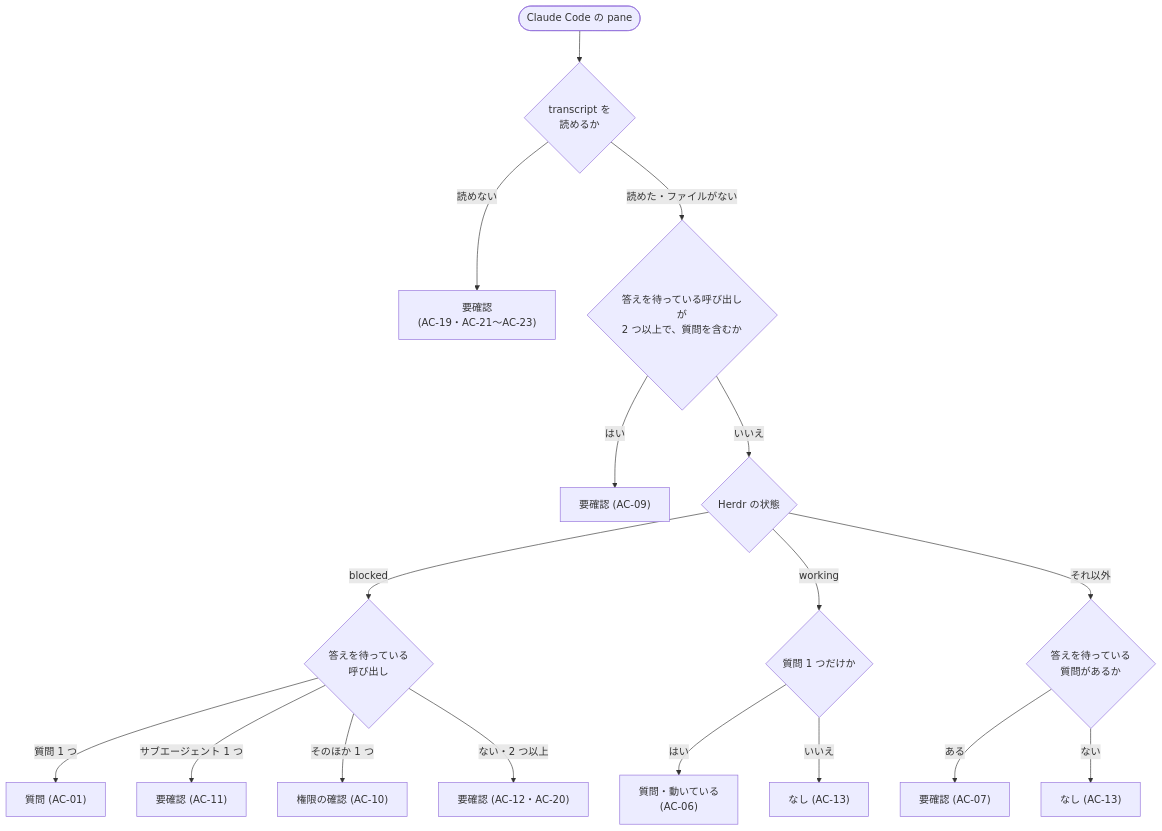
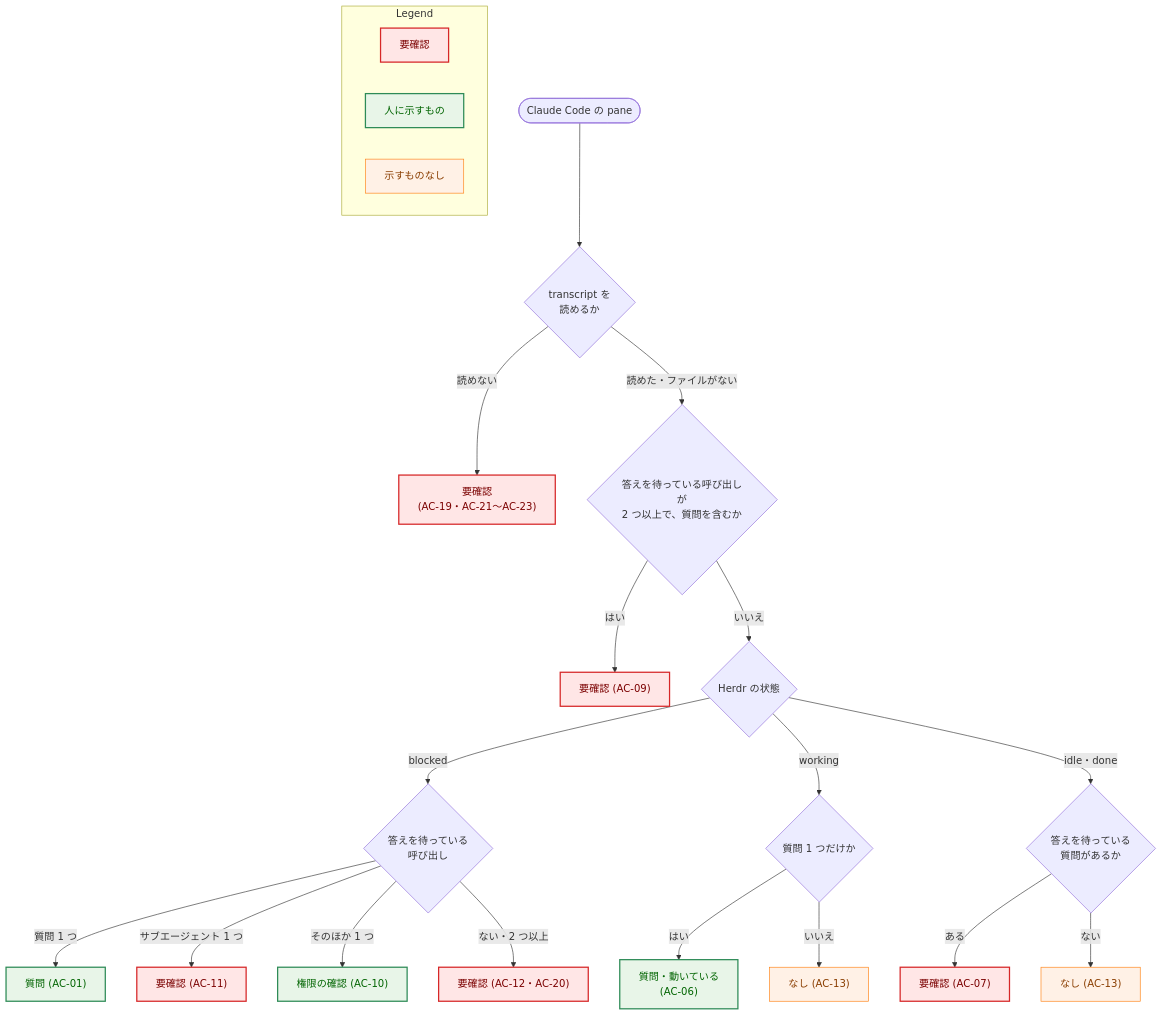
The sixth of 7 diagrams in docs/tasks/0096_chief_question_transcript/02_architecture.md (isseis/yt2column), drawn with Mermaid before and after one commit. The commit also changed other lines of this file, not shown here.

First line of the commit message:
docs(0096): address the architecture review and Japanese prose findings

````diff
--- a/docs/tasks/0096_chief_question_transcript/02_architecture.md
+++ b/docs/tasks/0096_chief_question_transcript/02_architecture.md
@@ -629,19 +722,36 @@
 ```mermaid
 flowchart TD
+    classDef process fill:#fff1e6,stroke:#ff7f0e,stroke-width:1px,color:#8a3e00;
+    classDef problem fill:#ffe6e6,stroke:#d62728,stroke-width:2px,color:#7b0000;
+    classDef enhanced fill:#e8f5e8,stroke:#2e8b57,stroke-width:2px,color:#006400;
+
     S(["Claude Code の pane"]) --> R{"transcript を<br>読めるか"}
     R -->|"読めない"| NC1["要確認<br>(AC-19・AC-21〜AC-23)"]
     R -->|"読めた・ファイルがない"| M{"答えを待っている呼び出しが<br>2 つ以上で、質問を含むか"}
     M -->|"はい"| NC2["要確認 (AC-09)"]
     M -->|"いいえ"| B{"Herdr の状態"}
     B -->|"blocked"| BB{"答えを待っている<br>呼び出し"}
     BB -->|"質問 1 つ"| Q1["質問 (AC-01)"]
     BB -->|"サブエージェント 1 つ"| NC3["要確認 (AC-11)"]
     BB -->|"そのほか 1 つ"| P1["権限の確認 (AC-10)"]
     BB -->|"ない・2 つ以上"| NC4["要確認 (AC-12・AC-20)"]
     B -->|"working"| W{"質問 1 つだけか"}
     W -->|"はい"| Q2["質問・動いている<br>(AC-06)"]
     W -->|"いいえ"| N1["なし (AC-13)"]
-    B -->|"それ以外"| I{"答えを待っている<br>質問があるか"}
+    B -->|"idle・done"| I{"答えを待っている<br>質問があるか"}
     I -->|"ある"| NC5["要確認 (AC-07)"]
     I -->|"ない"| N2["なし (AC-13)"]
+
+    class NC1,NC2,NC3,NC4,NC5 problem
+    class Q1,Q2,P1 enhanced
+    class N1,N2 process
+
+    subgraph Legend["Legend"]
+        L1["要確認"]
+        L2["人に示すもの"]
+        L3["示すものなし"]
+    end
+    class L1 problem
+    class L2 enhanced
+    class L3 process
 ```
````
